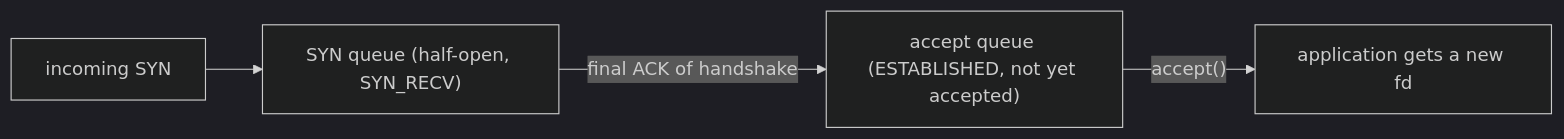
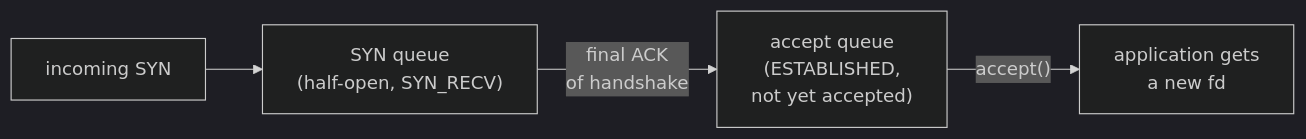
The diagram in content/lessons/cn/cn-sockets.md (Siva010/CoreCS), drawn with Mermaid (dark theme) before and after one commit. The commit also changed 54 other files, not shown here.

First line of the commit message:
Add diagrams to the database lessons and make them readable

````diff
--- a/content/lessons/cn/cn-sockets.md
+++ b/content/lessons/cn/cn-sockets.md
@@ -64,6 +64,6 @@
 ```mermaid
 flowchart LR
-    SYN["incoming SYN"] --> SQ["SYN queue (half-open, SYN_RECV)"]
-    SQ -->|"final ACK of handshake"| AQ["accept queue (ESTABLISHED, not yet accepted)"]
-    AQ -->|"accept()"| APP["application gets a new fd"]
+    SYN["incoming SYN"] --> SQ["SYN queue<br/>(half-open, SYN_RECV)"]
+    SQ -->|"final ACK<br/>of handshake"| AQ["accept queue<br/>(ESTABLISHED,<br/>not yet accepted)"]
+    AQ -->|"accept()"| APP["application gets<br/>a new fd"]
 ```
````
